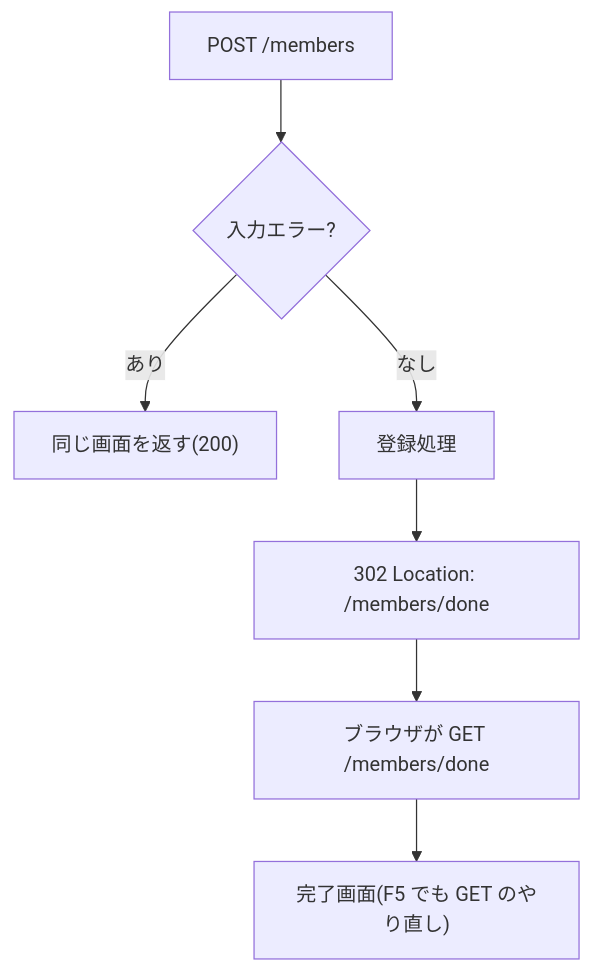
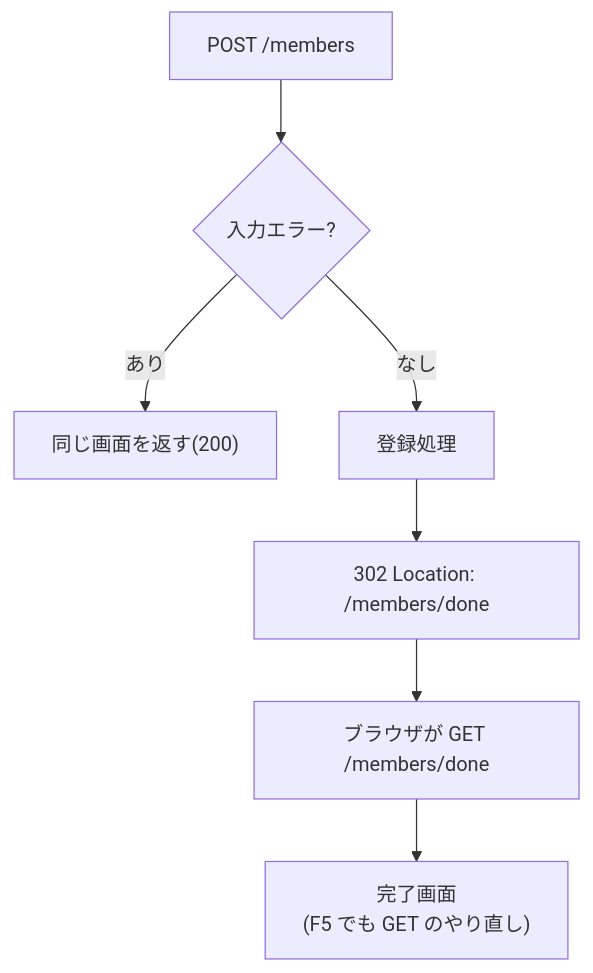
The diagram in content/03-spring/02-web/03-spring-forms/lesson.md (junyeol928-hash/Sayana), drawn with Mermaid before and after one commit. The commit also changed 9 other files, not shown here.

Commit message:
fix: 図のラベルを語の切れ目で改行し、英字の用語の読みをカタカナにそろえた(スマホで図の文字が語の途中で折れていたため)

````diff
--- a/content/03-spring/02-web/03-spring-forms/lesson.md
+++ b/content/03-spring/02-web/03-spring-forms/lesson.md
@@ -124,9 +124,9 @@
 ```mermaid
 flowchart TD
     A["POST /members"] --> B{"入力エラー?"}
     B -- "あり" --> C["同じ画面を返す(200)"]
     B -- "なし" --> D["登録処理"]
     D --> E["302 Location: /members/done"]
     E --> F["ブラウザが GET /members/done"]
-    F --> G["完了画面(F5 でも GET のやり直し)"]
+    F --> G["完了画面<br>(F5 でも GET のやり直し)"]
 ```
````
